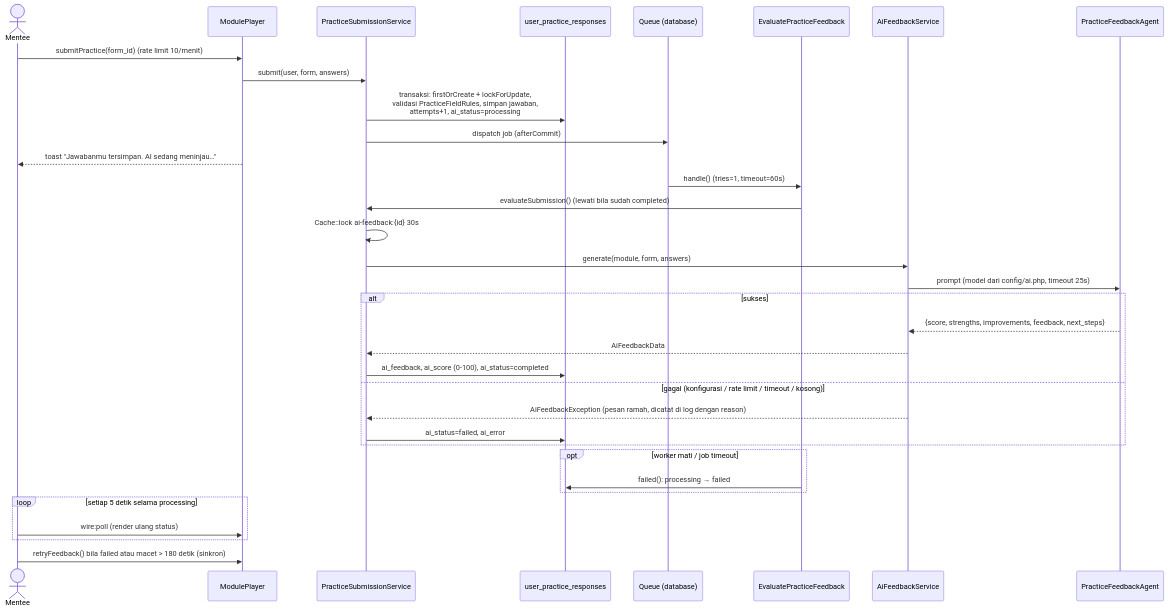
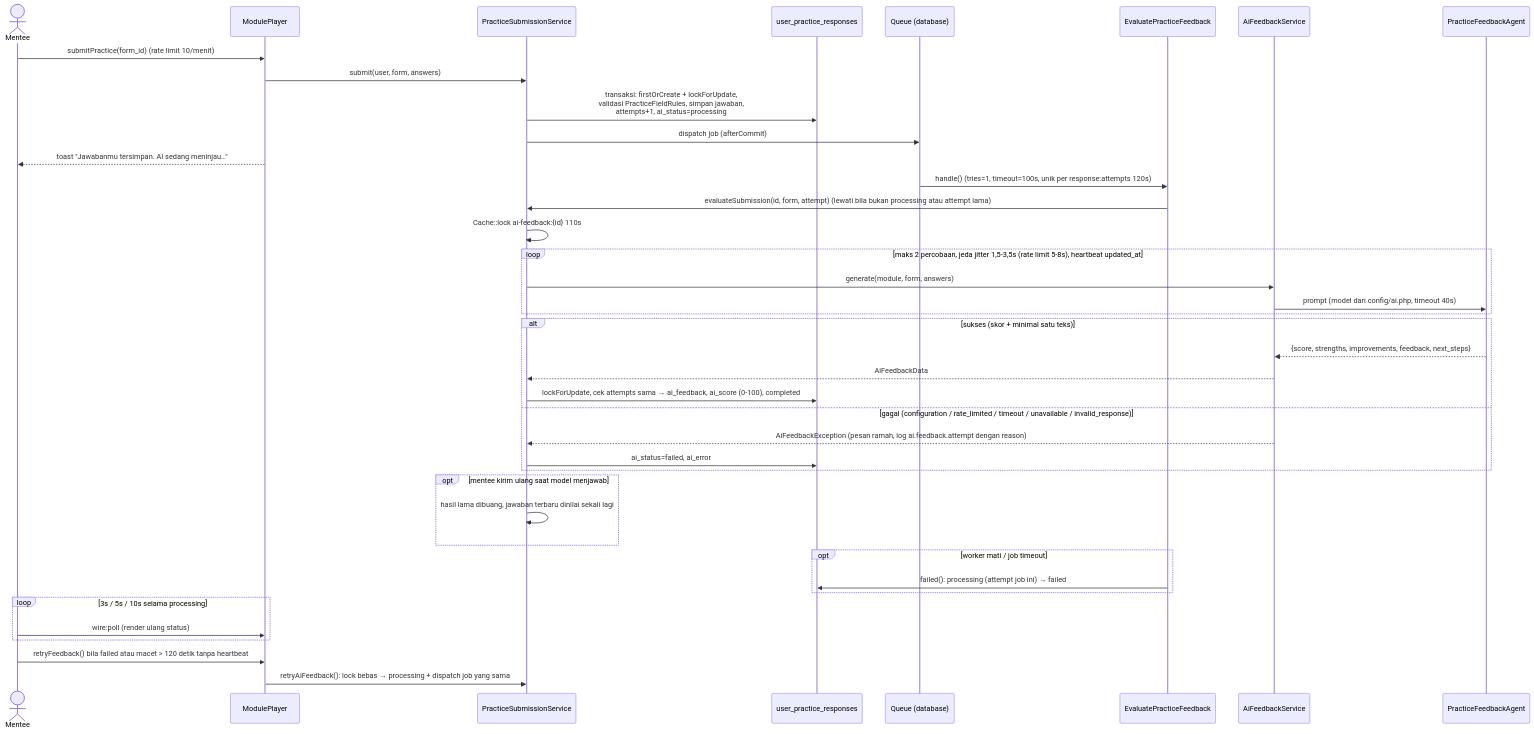
Before and after one commit to skularship/skular: the fourth of 4 diagrams in docs/architecture.md, drawn with Mermaid. The commit also changed 3 other files, not shown here.

````diff
--- a/docs/architecture.md
+++ b/docs/architecture.md
@@ -103,37 +103,43 @@
 ```mermaid
 sequenceDiagram
     actor M as Mentee
     participant MP as ModulePlayer
     participant PSS as PracticeSubmissionService
     participant DB as user_practice_responses
     participant Q as Queue (database)
     participant J as EvaluatePracticeFeedback
     participant AF as AiFeedbackService
     participant AG as PracticeFeedbackAgent
 
     M->>MP: submitPractice(form_id) (rate limit 10/menit)
     MP->>PSS: submit(user, form, answers)
     PSS->>DB: transaksi: firstOrCreate + lockForUpdate,<br/>validasi PracticeFieldRules, simpan jawaban,<br/>attempts+1, ai_status=processing
     PSS->>Q: dispatch job (afterCommit)
     MP-->>M: toast "Jawabanmu tersimpan. AI sedang meninjau…"
-    Q->>J: handle() (tries=1, timeout=60s)
-    J->>PSS: evaluateSubmission() (lewati bila sudah completed)
-    PSS->>PSS: Cache::lock ai-feedback:{id} 30s
-    PSS->>AF: generate(module, form, answers)
-    AF->>AG: prompt (model dari config/ai.php, timeout 25s)
-    alt sukses
+    Q->>J: handle() (tries=1, timeout=100s, unik per response:attempts 120s)
+    J->>PSS: evaluateSubmission(id, form, attempt) (lewati bila bukan processing atau attempt lama)
+    PSS->>PSS: Cache::lock ai-feedback:{id} 110s
+    loop maks 2 percobaan, jeda jitter 1,5-3,5s (rate limit 5-8s), heartbeat updated_at
+        PSS->>AF: generate(module, form, answers)
+        AF->>AG: prompt (model dari config/ai.php, timeout 40s)
+    end
+    alt sukses (skor + minimal satu teks)
         AG-->>AF: {score, strengths, improvements, feedback, next_steps}
         AF-->>PSS: AiFeedbackData
-        PSS->>DB: ai_feedback, ai_score (0-100), ai_status=completed
-    else gagal (konfigurasi / rate limit / timeout / kosong)
-        AF-->>PSS: AiFeedbackException (pesan ramah, dicatat di log dengan reason)
+        PSS->>DB: lockForUpdate, cek attempts sama → ai_feedback, ai_score (0-100), completed
+    else gagal (configuration / rate_limited / timeout / unavailable / invalid_response)
+        AF-->>PSS: AiFeedbackException (pesan ramah, log ai.feedback.attempt dengan reason)
         PSS->>DB: ai_status=failed, ai_error
     end
+    opt mentee kirim ulang saat model menjawab
+        PSS->>PSS: hasil lama dibuang, jawaban terbaru dinilai sekali lagi
+    end
     opt worker mati / job timeout
-        J->>DB: failed(): processing → failed
+        J->>DB: failed(): processing (attempt job ini) → failed
     end
-    loop setiap 5 detik selama processing
+    loop 3s / 5s / 10s selama processing
         M->>MP: wire:poll (render ulang status)
     end
-    M->>MP: retryFeedback() bila failed atau macet > 180 detik (sinkron)
+    M->>MP: retryFeedback() bila failed atau macet > 120 detik tanpa heartbeat
+    MP->>PSS: retryAiFeedback(): lock bebas → processing + dispatch job yang sama
 ```
````
